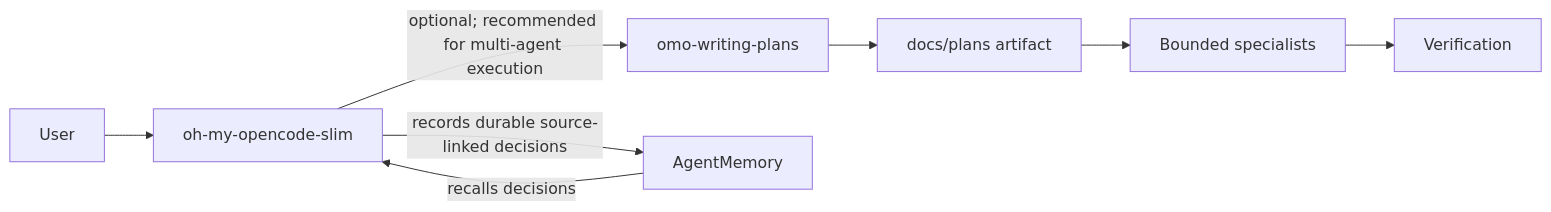
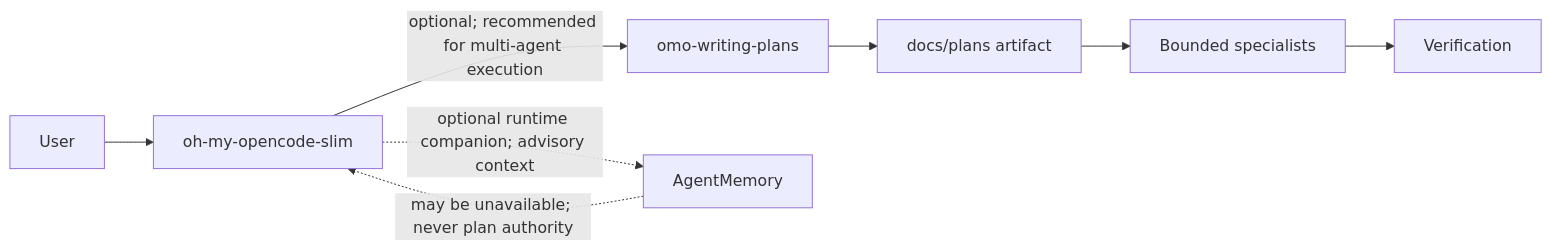
The diagram in README.md (ismailokta/omo-writing-plans), drawn with Mermaid before and after one commit. The commit also changed other lines of this file and 2 other files, not shown here.

Commit message:
docs: clarify durable OMO planning

````diff
--- a/README.md
+++ b/README.md
@@ -136,10 +141,10 @@
 ```mermaid
 flowchart LR
     U[User] --> O[oh-my-opencode-slim]
     O -->|optional; recommended for multi-agent execution| P[omo-writing-plans]
     P --> A[docs/plans artifact]
     A --> S[Bounded specialists]
     S --> V[Verification]
-    O -->|records durable source-linked decisions| M[AgentMemory]
-    M -->|recalls decisions| O
+    O -.->|optional runtime companion; advisory context| M[AgentMemory]
+    M -.->|may be unavailable; never plan authority| O
 ```
````
